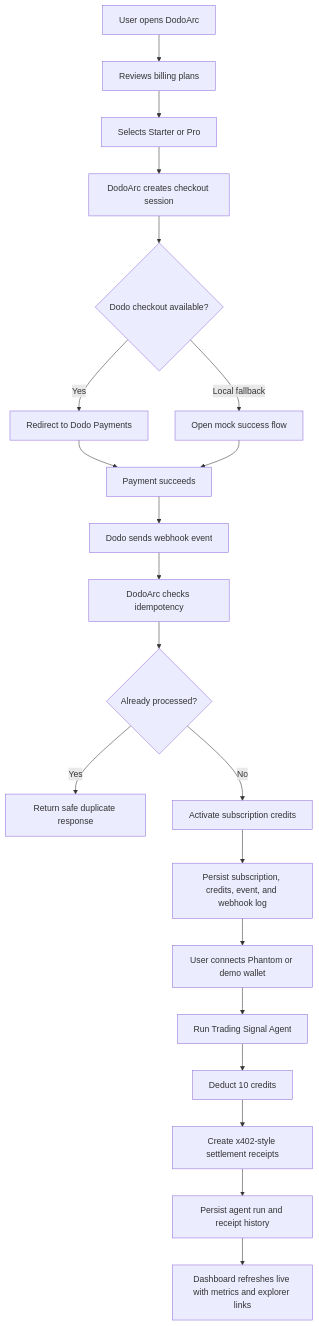
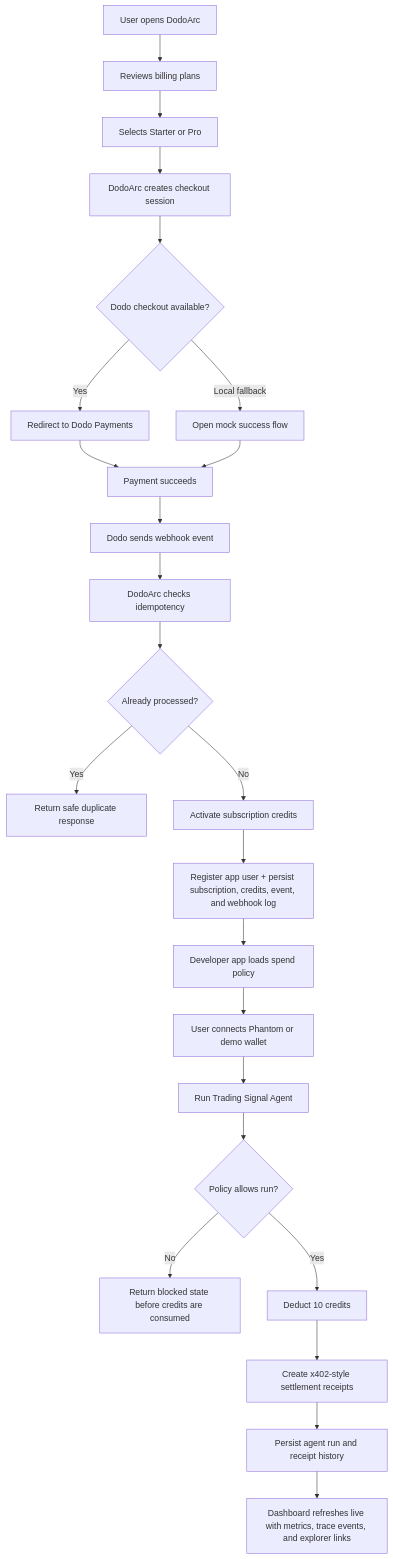
Before and after one commit to ShivamSoni20/DodoArc: the second of 5 diagrams in README.md, drawn with Mermaid. The commit also changed other lines of this file and 6 other files, not shown here.

Commit message:
Polish milestone 7 demo flows and docs

````diff
--- a/README.md
+++ b/README.md
@@ -203,23 +213,26 @@
 ```mermaid
 flowchart TD
     A["User opens DodoArc"] --> B["Reviews billing plans"]
     B --> C["Selects Starter or Pro"]
     C --> D["DodoArc creates checkout session"]
     D --> E{"Dodo checkout available?"}
     E -->|Yes| F["Redirect to Dodo Payments"]
     E -->|Local fallback| G["Open mock success flow"]
     F --> H["Payment succeeds"]
     G --> H
     H --> I["Dodo sends webhook event"]
     I --> J["DodoArc checks idempotency"]
     J --> K{"Already processed?"}
     K -->|Yes| L["Return safe duplicate response"]
     K -->|No| M["Activate subscription credits"]
-    M --> N["Persist subscription, credits, event, and webhook log"]
-    N --> O["User connects Phantom or demo wallet"]
-    O --> P["Run Trading Signal Agent"]
-    P --> Q["Deduct 10 credits"]
-    Q --> R["Create x402-style settlement receipts"]
-    R --> S["Persist agent run and receipt history"]
-    S --> T["Dashboard refreshes live with metrics and explorer links"]
+    M --> N["Register app user + persist subscription, credits, event, and webhook log"]
+    N --> O["Developer app loads spend policy"]
+    O --> P["User connects Phantom or demo wallet"]
+    P --> Q["Run Trading Signal Agent"]
+    Q --> R{"Policy allows run?"}
+    R -->|No| S["Return blocked state before credits are consumed"]
+    R -->|Yes| T["Deduct 10 credits"]
+    T --> U["Create x402-style settlement receipts"]
+    U --> V["Persist agent run and receipt history"]
+    V --> W["Dashboard refreshes live with metrics, trace events, and explorer links"]
 ```
````
